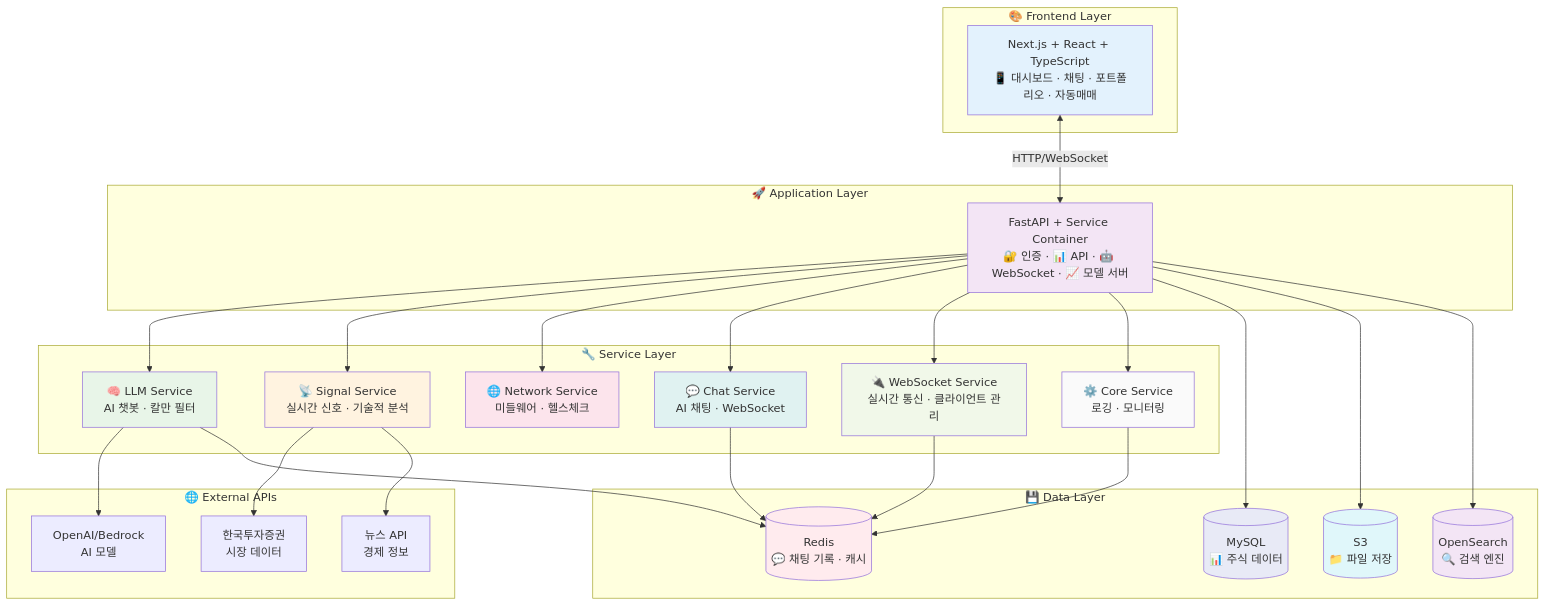
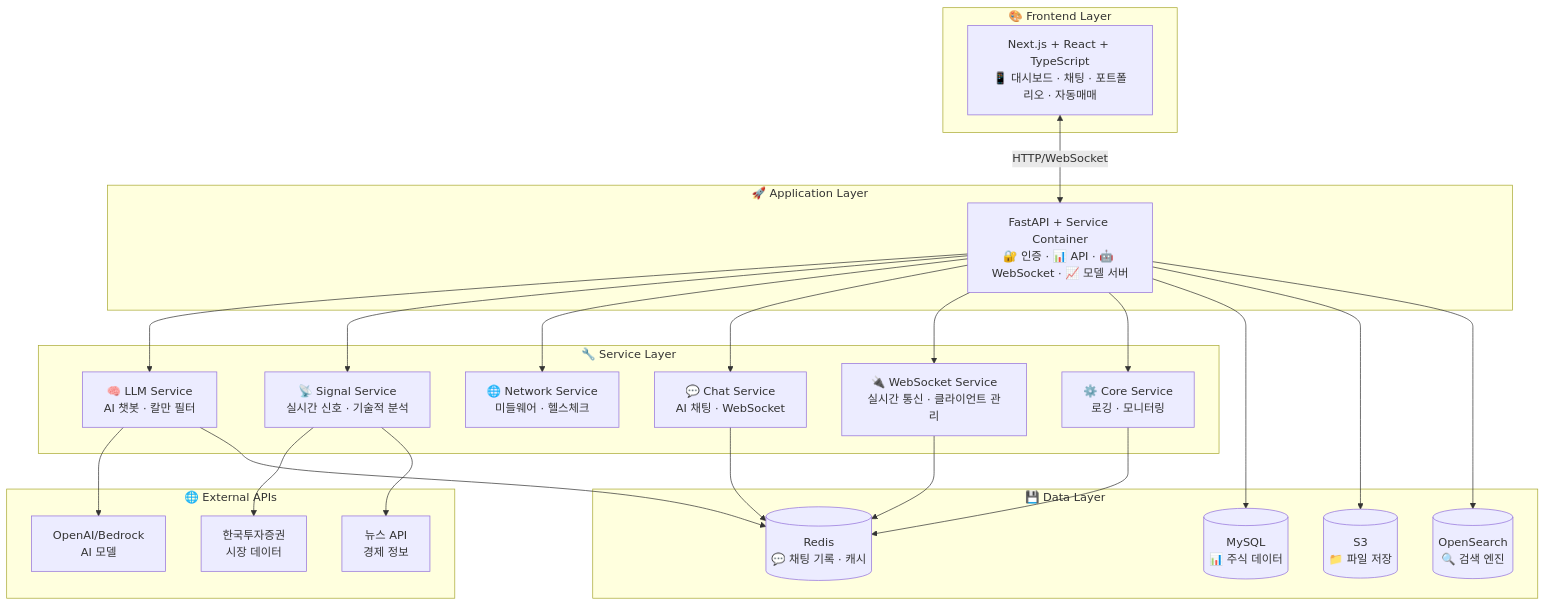
The first of 3 diagrams in README.md (SKNETWORKS-FAMILY-AICAMP/SKN12-FINAL-2TEAM), drawn with Mermaid before and after one commit.

````diff
--- a/README.md
+++ b/README.md
@@ -78,67 +78,56 @@
 ```mermaid
 graph TB
     subgraph "🎨 Frontend Layer"
         FE[Next.js + React + TypeScript<br/>📱 대시보드 · 채팅 · 포트폴리오 · 자동매매]
     end
     
     subgraph "🚀 Application Layer"
         APP[FastAPI + Service Container<br/>🔐 인증 · 📊 API · 🤖 WebSocket · 📈 모델 서버]
     end
     
     subgraph "🔧 Service Layer"
         LLM[🧠 LLM Service<br/>AI 챗봇 · 칼만 필터]
         SIG[📡 Signal Service<br/>실시간 신호 · 기술적 분석]
         NET[🌐 Network Service<br/>미들웨어 · 헬스체크]
         CHAT[💬 Chat Service<br/>AI 채팅 · WebSocket]
         WS[🔌 WebSocket Service<br/>실시간 통신 · 클라이언트 관리]
         CORE[⚙️ Core Service<br/>로깅 · 모니터링]
     end
     
     subgraph "💾 Data Layer"
         MYSQL[(MySQL<br/>📊 주식 데이터)]
         REDIS[(Redis<br/>💬 채팅 기록 · 캐시)]
         S3[(S3<br/>📁 파일 저장)]
         SEARCH[(OpenSearch<br/>🔍 검색 엔진)]
     end
     
     subgraph "🌐 External APIs"
         LLM_API[OpenAI/Bedrock<br/>AI 모델]
         MARKET[한국투자증권<br/>시장 데이터]
         NEWS[뉴스 API<br/>경제 정보]
     end
     
     %% 연결 관계
     FE <-->|HTTP/WebSocket| APP
     APP --> LLM
     APP --> SIG
     APP --> NET
     APP --> CHAT
     APP --> WS
     APP --> CORE
     
     LLM --> LLM_API
     SIG --> MARKET
     SIG --> NEWS
     
     LLM --> REDIS
     CHAT --> REDIS
     WS --> REDIS
     CORE --> REDIS
     
     APP --> MYSQL
     APP --> S3
     APP --> SEARCH
     
-    style FE fill:#e3f2fd
-    style APP fill:#f3e5f5
-    style LLM fill:#e8f5e8
-    style SIG fill:#fff3e0
-    style NET fill:#fce4ec
-    style CHAT fill:#e0f2f1
-    style WS fill:#f1f8e9
-    style CORE fill:#fafafa
-    style MYSQL fill:#e8eaf6
-    style REDIS fill:#ffebee
-    style S3 fill:#e0f7fa
-    style SEARCH fill:#f3e5f5
+
 ```
````
